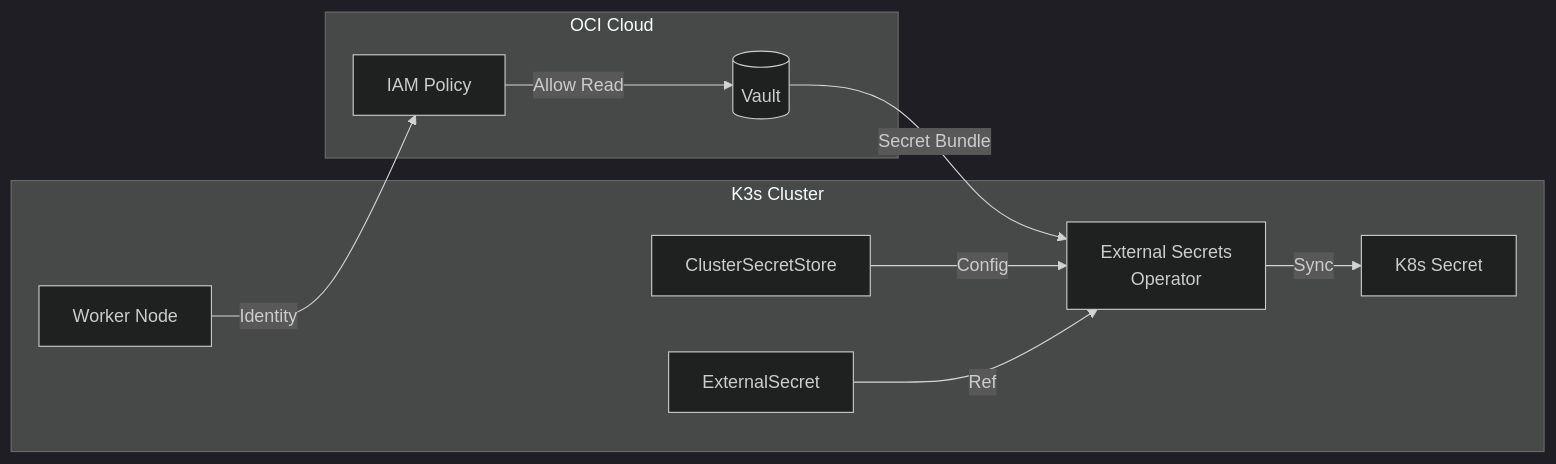
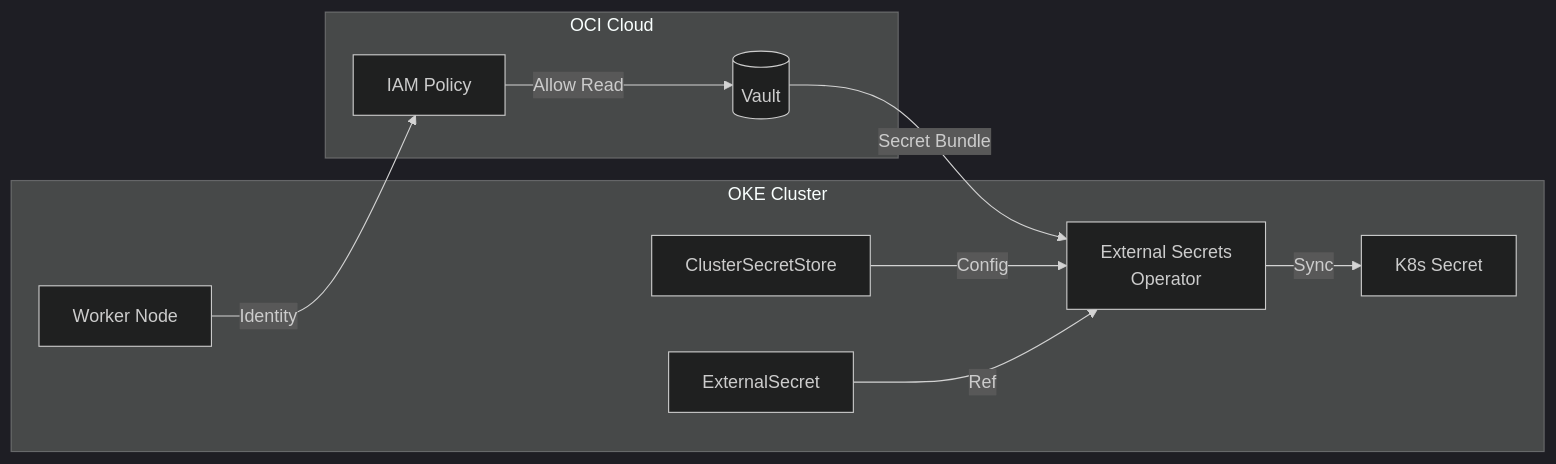
Before and after one commit to nsudhanva/k8s-oracle: the diagram in docs/src/content/docs/architecture/secrets-management.mdx, drawn with Mermaid (dark theme). The commit also changed other lines of this file and 16 other files, not shown here.

Commit message:
docs: update architecture to OKE and fix envoy gateway subnet

````diff
--- a/docs/src/content/docs/architecture/secrets-management.mdx
+++ b/docs/src/content/docs/architecture/secrets-management.mdx
@@ -141,22 +140,22 @@
 ```mermaid
 flowchart LR
     subgraph OCI["OCI Cloud"]
         Vault[(Vault)]
         IAM[IAM Policy]
     end
     
-    subgraph K8s["K3s Cluster"]
+    subgraph K8s["OKE Cluster"]
         Node[Worker Node]
         ESO[External Secrets<br/>Operator]
         css[ClusterSecretStore]
         es[ExternalSecret]
         Secret[K8s Secret]
     end
     
     Node --"Identity"--> IAM
     IAM --"Allow Read"--> Vault
     Vault --"Secret Bundle"--> ESO
     css --"Config"--> ESO
     es --"Ref"--> ESO
     ESO --"Sync"--> Secret
 ```
````
